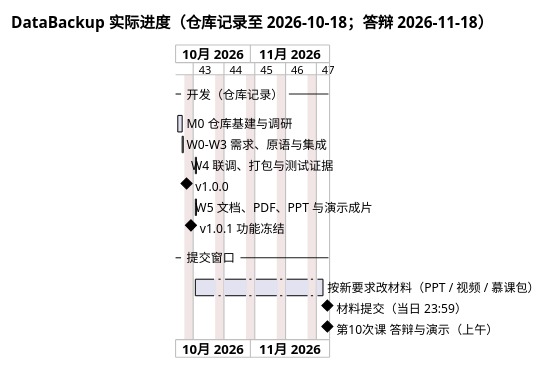
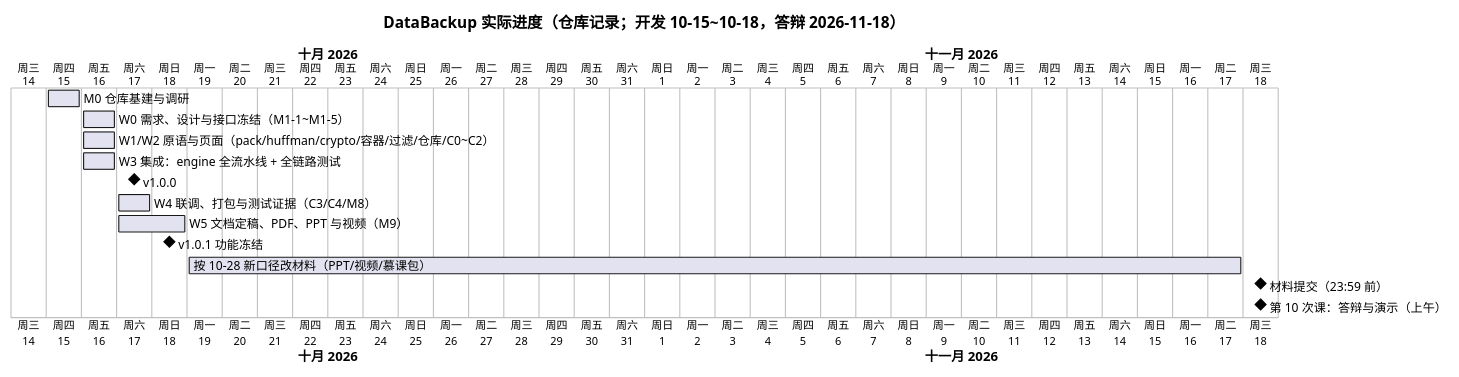
The diagram in docs/project/diagrams/schedule-gantt.puml (Piaoxuemoli/software-class-qoobeewang), drawn with PlantUML before and after one commit. The commit also changed 8 other files, not shown here.

First line of the commit message:
docs: 1028 二轮复核修正图源与文档口径

```diff
--- a/docs/project/diagrams/schedule-gantt.puml
+++ b/docs/project/diagrams/schedule-gantt.puml
@@ -1,21 +1,18 @@
 @startgantt
-title DataBackup 实际进度（仓库记录至 2026-10-18；答辩 2026-11-18）
+title DataBackup 实际进度（仓库记录；开发 10-15~10-18，答辩 2026-11-18）
 language zh
-printscale weekly
-saturday are closed
-sunday are closed
-Project starts 2026-10-15
+printscale daily zoom 2
+Project starts 2026-10-14
 
--- 开发（仓库记录） --
-[M0 仓库基建与调研] starts 2026-10-15 and ends 2026-10-16
-[W0–W3 需求、原语与集成] starts 2026-10-16 and ends 2026-10-16
-[W4 联调、打包与测试证据] starts 2026-10-17 and ends 2026-10-17
+[M0 仓库基建与调研] starts 2026-10-15 and ends 2026-10-15
+[W0 需求、设计与接口冻结（M1-1~M1-5）] starts 2026-10-16 and ends 2026-10-16
+[W1/W2 原语与页面（pack/huffman/crypto/容器/过滤/仓库/C0~C2）] starts 2026-10-16 and ends 2026-10-16
+[W3 集成：engine 全流水线 + 全链路测试] starts 2026-10-16 and ends 2026-10-16
 [v1.0.0] happens 2026-10-17
-[W5 文档、PDF、PPT 与演示成片] starts 2026-10-18 and ends 2026-10-18
+[W4 联调、打包与测试证据（C3/C4/M8）] starts 2026-10-17 and ends 2026-10-17
+[W5 文档定稿、PDF、PPT 与视频（M9）] starts 2026-10-17 and ends 2026-10-18
 [v1.0.1 功能冻结] happens 2026-10-18
-
--- 提交窗口 --
-[按新要求改材料（PPT / 视频 / 慕课包）] starts 2026-10-19 and ends 2026-11-17
-[材料提交（当日 23:59）] happens 2026-11-18
-[第10次课 答辩与演示（上午）] happens 2026-11-18
+[按 10-28 新口径改材料（PPT/视频/慕课包）] starts 2026-10-19 and ends 2026-11-17
+[材料提交（23:59 前）] happens 2026-11-18
+[第 10 次课：答辩与演示（上午）] happens 2026-11-18
 @endgantt
```
